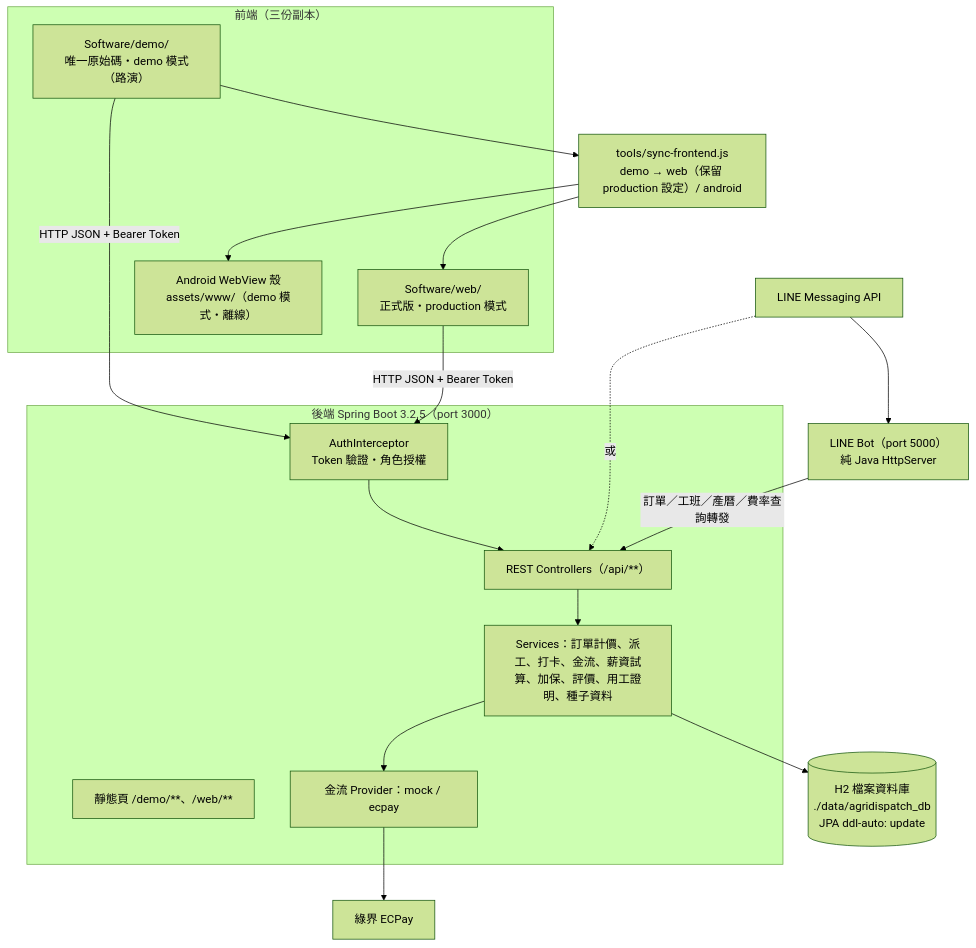
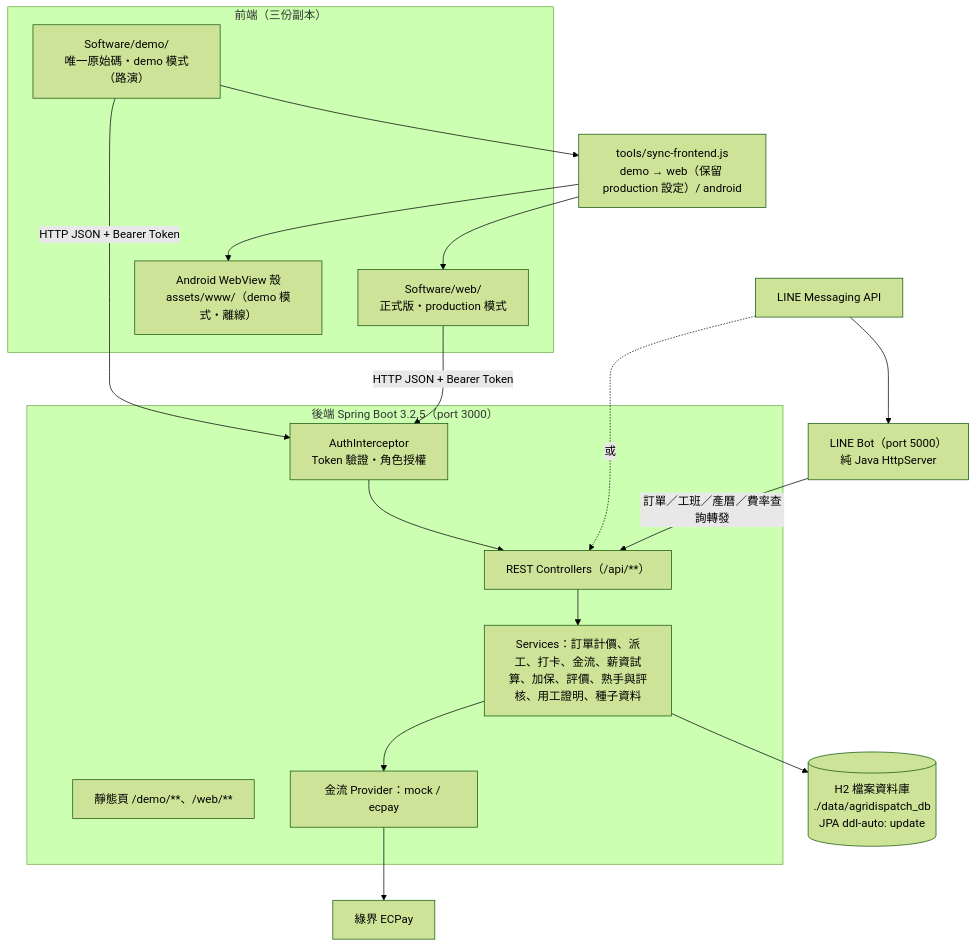
Before and after one commit to xx8888x/agridispatch: the fifth of 5 diagrams in 07_系統分析及文件/01_系統分析與架構設計規格書.md, drawn with Mermaid (forest theme). The commit also changed other lines of this file and 4 other files, not shown here.

````diff
--- a/07_系統分析及文件/01_系統分析與架構設計規格書.md
+++ b/07_系統分析及文件/01_系統分析與架構設計規格書.md
@@ -209,28 +216,28 @@
 ```mermaid
 flowchart TB
     subgraph Client ["前端（三份副本）"]
         Demo["Software/demo/<br/>唯一原始碼・demo 模式（路演）"]
         Web["Software/web/<br/>正式版・production 模式"]
         Apk["Android WebView 殼<br/>assets/www/（demo 模式・離線）"]
     end
     Sync["tools/sync-frontend.js<br/>demo → web（保留 production 設定）/ android"]
     Demo --> Sync --> Web & Apk
 
     subgraph Backend ["後端 Spring Boot 3.2.5（port 3000）"]
         Static["靜態頁 /demo/**、/web/**"]
         Interceptor["AuthInterceptor<br/>Token 驗證・角色授權"]
         Controllers["REST Controllers（/api/**）"]
-        Services["Services：訂單計價、派工、打卡、金流、薪資試算、加保、評價、用工證明、種子資料"]
+        Services["Services：訂單計價、派工、打卡、金流、薪資試算、加保、評價、熟手與評核、用工證明、種子資料"]
         Payment["金流 Provider：mock / ecpay"]
     end
     DB[("H2 檔案資料庫<br/>./data/agridispatch_db<br/>JPA ddl-auto: update")]
     LineBot["LINE Bot（port 5000）<br/>純 Java HttpServer"]
     LINE["LINE Messaging API"]
     ECPay["綠界 ECPay"]
 
     Web & Demo -->|HTTP JSON + Bearer Token| Interceptor --> Controllers --> Services --> DB
     Services --> Payment --> ECPay
     LINE --> LineBot
     LineBot -->|訂單／工班／產曆／費率查詢轉發| Controllers
     LINE -.->|或| Controllers
 ```
````
